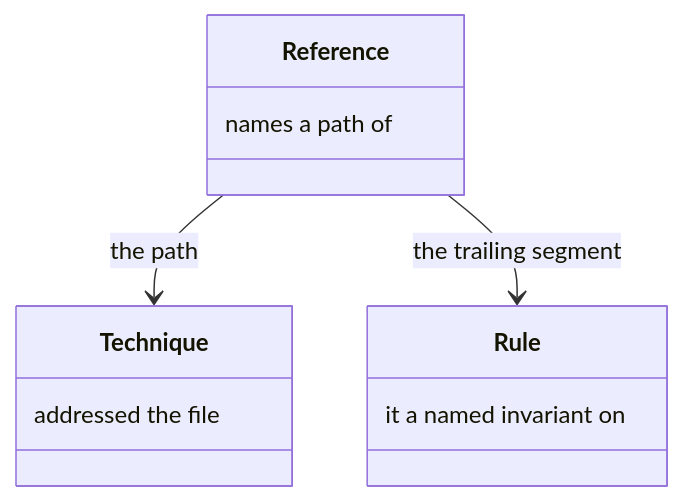
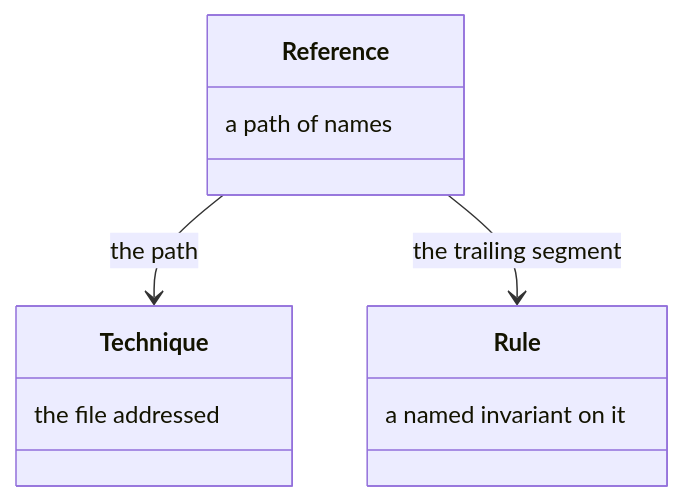
One commit to m2ux/workflow-server changed diagram 18 of 34 in docs/resolution.md. Above: the diagram before and after it, drawn with Mermaid. The commit also changed other lines of this file and 10 other files, not shown here.

Commit message:
Write each class-box note in reading order so the diagram shows the phrase as written.

````diff
--- a/docs/resolution.md
+++ b/docs/resolution.md
@@ -357,14 +357,14 @@
 ```mermaid
 classDiagram
   class Reference {
-    names a path of
+    a path of names
   }
   class Technique {
-    addressed the file
+    the file addressed
   }
   class Rule {
-    it a named invariant on
+    a named invariant on it
   }
   Reference --> Technique : the path
   Reference --> Rule : the trailing segment
 ```
````
